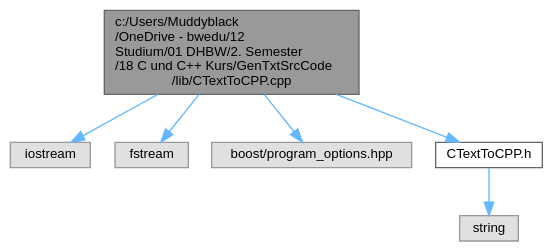
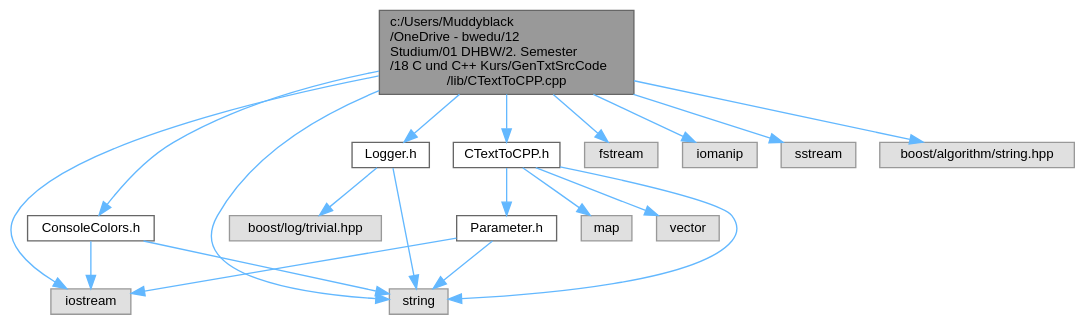
One commit to Muddyblack/Cpp_Project changed the diagram in _c_text_to_c_p_p_8cpp__incl.dot. Above: the diagram before and after it, drawn with Graphviz. The commit also changed 194 other files, not shown here.

```diff
--- a/_c_text_to_c_p_p_8cpp__incl.dot
+++ b/_c_text_to_c_p_p_8cpp__incl.dot
@@ -1,18 +1,40 @@
 digraph "c:/Users/Muddyblack/OneDrive - bwedu/12 Studium/01 DHBW/2. Semester/18 C und C++ Kurs/GenTxtSrcCode/lib/CTextToCPP.cpp"
 {
  // LATEX_PDF_SIZE
   bgcolor="transparent";
   edge [fontname=Helvetica,fontsize=10,labelfontname=Helvetica,labelfontsize=10];
   node [fontname=Helvetica,fontsize=10,shape=box,height=0.2,width=0.4];
   Node1 [id="Node000001",label="c:/Users/Muddyblack\l/OneDrive - bwedu/12\l Studium/01 DHBW/2. Semester\l/18 C und C++ Kurs/GenTxtSrcCode\l/lib/CTextToCPP.cpp",height=0.2,width=0.4,color="gray40", fillcolor="grey60", style="filled", fontcolor="black",tooltip=" "];
   Node1 -> Node2 [id="edge1_Node000001_Node000002",color="steelblue1",style="solid",tooltip=" "];
   Node2 [id="Node000002",label="iostream",height=0.2,width=0.4,color="grey60", fillcolor="#E0E0E0", style="filled",tooltip=" "];
   Node1 -> Node3 [id="edge2_Node000001_Node000003",color="steelblue1",style="solid",tooltip=" "];
-  Node3 [id="Node000003",label="fstream",height=0.2,width=0.4,color="grey60", fillcolor="#E0E0E0", style="filled",tooltip=" "];
+  Node3 [id="Node000003",label="string",height=0.2,width=0.4,color="grey60", fillcolor="#E0E0E0", style="filled",tooltip=" "];
   Node1 -> Node4 [id="edge3_Node000001_Node000004",color="steelblue1",style="solid",tooltip=" "];
-  Node4 [id="Node000004",label="boost/program_options.hpp",height=0.2,width=0.4,color="grey60", fillcolor="#E0E0E0", style="filled",tooltip=" "];
+  Node4 [id="Node000004",label="fstream",height=0.2,width=0.4,color="grey60", fillcolor="#E0E0E0", style="filled",tooltip=" "];
   Node1 -> Node5 [id="edge4_Node000001_Node000005",color="steelblue1",style="solid",tooltip=" "];
-  Node5 [id="Node000005",label="CTextToCPP.h",height=0.2,width=0.4,color="grey40", fillcolor="white", style="filled",URL="$_c_text_to_c_p_p_8h.html",tooltip=" "];
-  Node5 -> Node6 [id="edge5_Node000005_Node000006",color="steelblue1",style="solid",tooltip=" "];
-  Node6 [id="Node000006",label="string",height=0.2,width=0.4,color="grey60", fillcolor="#E0E0E0", style="filled",tooltip=" "];
+  Node5 [id="Node000005",label="iomanip",height=0.2,width=0.4,color="grey60", fillcolor="#E0E0E0", style="filled",tooltip=" "];
+  Node1 -> Node6 [id="edge5_Node000001_Node000006",color="steelblue1",style="solid",tooltip=" "];
+  Node6 [id="Node000006",label="sstream",height=0.2,width=0.4,color="grey60", fillcolor="#E0E0E0", style="filled",tooltip=" "];
+  Node1 -> Node7 [id="edge6_Node000001_Node000007",color="steelblue1",style="solid",tooltip=" "];
+  Node7 [id="Node000007",label="boost/algorithm/string.hpp",height=0.2,width=0.4,color="grey60", fillcolor="#E0E0E0", style="filled",tooltip=" "];
+  Node1 -> Node8 [id="edge7_Node000001_Node000008",color="steelblue1",style="solid",tooltip=" "];
+  Node8 [id="Node000008",label="Logger.h",height=0.2,width=0.4,color="grey40", fillcolor="white", style="filled",URL="$_logger_8h.html",tooltip="Contains functions for initializing the logger."];
+  Node8 -> Node9 [id="edge8_Node000008_Node000009",color="steelblue1",style="solid",tooltip=" "];
+  Node9 [id="Node000009",label="boost/log/trivial.hpp",height=0.2,width=0.4,color="grey60", fillcolor="#E0E0E0", style="filled",tooltip=" "];
+  Node8 -> Node3 [id="edge9_Node000008_Node000003",color="steelblue1",style="solid",tooltip=" "];
+  Node1 -> Node10 [id="edge10_Node000001_Node000010",color="steelblue1",style="solid",tooltip=" "];
+  Node10 [id="Node000010",label="ConsoleColors.h",height=0.2,width=0.4,color="grey40", fillcolor="white", style="filled",URL="$_console_colors_8h.html",tooltip="Contains escape sequences for console colors."];
+  Node10 -> Node2 [id="edge11_Node000010_Node000002",color="steelblue1",style="solid",tooltip=" "];
+  Node10 -> Node3 [id="edge12_Node000010_Node000003",color="steelblue1",style="solid",tooltip=" "];
+  Node1 -> Node11 [id="edge13_Node000001_Node000011",color="steelblue1",style="solid",tooltip=" "];
+  Node11 [id="Node000011",label="CTextToCPP.h",height=0.2,width=0.4,color="grey40", fillcolor="white", style="filled",URL="$_c_text_to_c_p_p_8h.html",tooltip="Contains the CTextToCPP class for text-to-C++ conversion."];
+  Node11 -> Node3 [id="edge14_Node000011_Node000003",color="steelblue1",style="solid",tooltip=" "];
+  Node11 -> Node12 [id="edge15_Node000011_Node000012",color="steelblue1",style="solid",tooltip=" "];
+  Node12 [id="Node000012",label="map",height=0.2,width=0.4,color="grey60", fillcolor="#E0E0E0", style="filled",tooltip=" "];
+  Node11 -> Node13 [id="edge16_Node000011_Node000013",color="steelblue1",style="solid",tooltip=" "];
+  Node13 [id="Node000013",label="Parameter.h",height=0.2,width=0.4,color="grey40", fillcolor="white", style="filled",URL="$_parameter_8h.html",tooltip="Contains structures and functions for handling parameters and variables."];
+  Node13 -> Node3 [id="edge17_Node000013_Node000003",color="steelblue1",style="solid",tooltip=" "];
+  Node13 -> Node2 [id="edge18_Node000013_Node000002",color="steelblue1",style="solid",tooltip=" "];
+  Node11 -> Node14 [id="edge19_Node000011_Node000014",color="steelblue1",style="solid",tooltip=" "];
+  Node14 [id="Node000014",label="vector",height=0.2,width=0.4,color="grey60", fillcolor="#E0E0E0", style="filled",tooltip=" "];
 }
```
